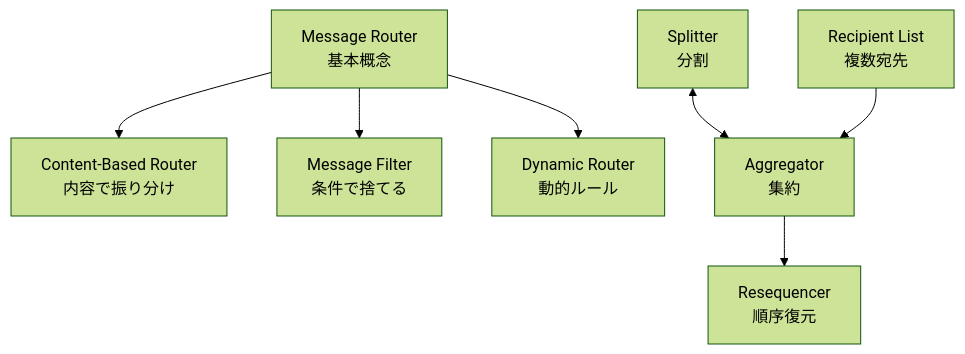
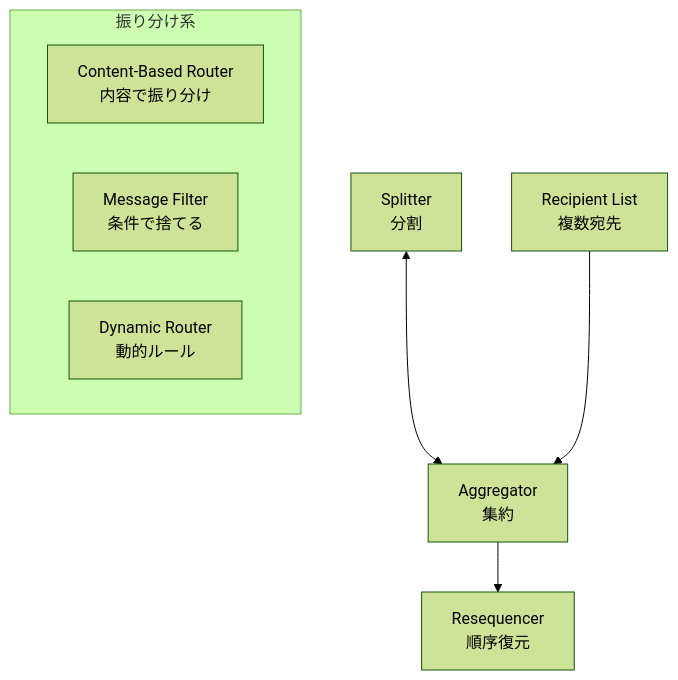
The second of 2 diagrams in content/programming/reactive_messaging_pattern/simple-routers/index.md (tomoikey/quartz), drawn with Mermaid (forest theme) before and after one commit. The commit also changed other lines of this file and 5 other files, not shown here.

````diff
--- a/content/programming/reactive_messaging_pattern/simple-routers/index.md
+++ b/content/programming/reactive_messaging_pattern/simple-routers/index.md
@@ -219,11 +202,13 @@
 ```mermaid
 graph TB
-    MR[Message Router<br/>基本概念] --> CBR[Content-Based Router<br/>内容で振り分け]
-    MR --> MF[Message Filter<br/>条件で捨てる]
-    MR --> DR[Dynamic Router<br/>動的ルール]
+    subgraph "振り分け系"
+        CBR[Content-Based Router<br/>内容で振り分け]
+        MF[Message Filter<br/>条件で捨てる]
+        DR[Dynamic Router<br/>動的ルール]
+    end
 
     SP[Splitter<br/>分割] <--> AG[Aggregator<br/>集約]
     RL[Recipient List<br/>複数宛先] --> AG
 
     AG --> RS[Resequencer<br/>順序復元]
 ```
````
